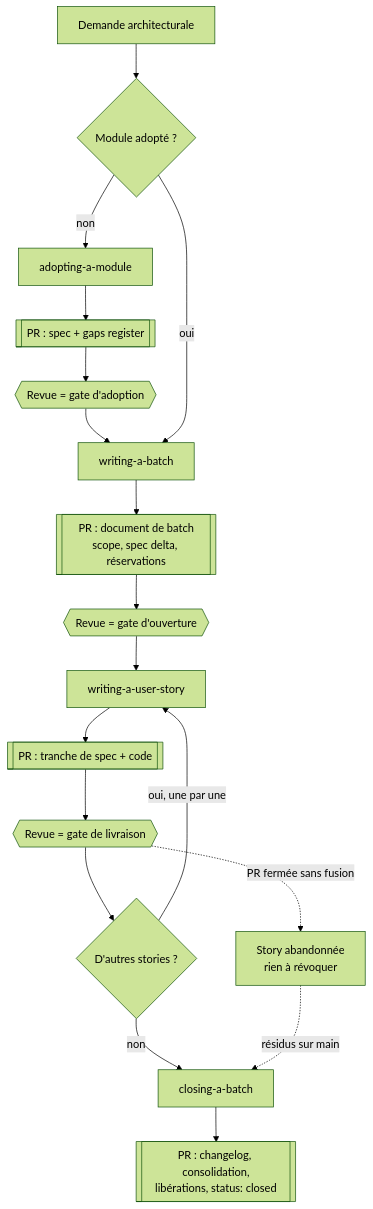
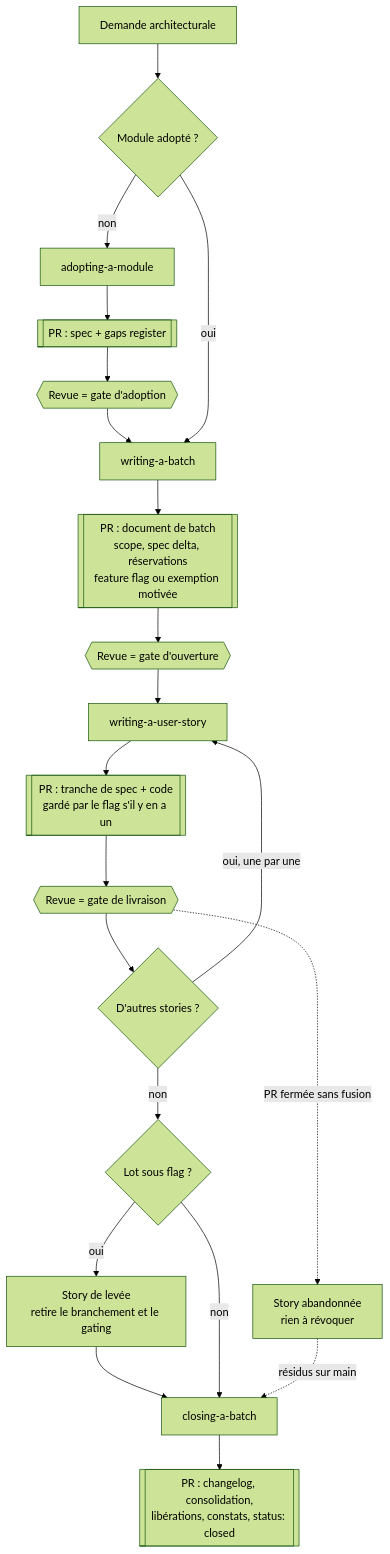
Before and after one commit to charlouze/superpowers-by-charlouze: the first of 4 diagrams in docs/superpowers/specs/2026-09-03-supercharlouze-design.md, drawn with Mermaid (forest theme). The commit also changed other lines of this file and 1 other file, not shown here.

````diff
--- a/docs/superpowers/specs/2026-09-03-supercharlouze-design.md
+++ b/docs/superpowers/specs/2026-09-03-supercharlouze-design.md
@@ -310,25 +348,28 @@
 ```mermaid
 flowchart TD
     REQ["Demande architecturale"] --> ADOPTED{"Module adopté ?"}
 
     ADOPTED -->|non| AD["adopting-a-module"]
     AD --> ADPR[["PR : spec + gaps register"]]
     ADPR --> ADG{{"Revue = gate d'adoption"}}
     ADG --> WB
 
     ADOPTED -->|oui| WB["writing-a-batch"]
-    WB --> BPR[["PR : document de batch<br/>scope, spec delta, réservations"]]
+    WB --> BPR[["PR : document de batch<br/>scope, spec delta, réservations<br/>feature flag ou exemption motivée"]]
     BPR --> BG{{"Revue = gate d'ouverture"}}
 
     BG --> WS["writing-a-user-story"]
-    WS --> SPR[["PR : tranche de spec + code"]]
+    WS --> SPR[["PR : tranche de spec + code<br/>gardé par le flag s'il y en a un"]]
     SPR --> SG{{"Revue = gate de livraison"}}
 
     SG --> MORE{"D'autres stories ?"}
     MORE -->|oui, une par une| WS
-    MORE -->|non| CB["closing-a-batch"]
-    CB --> CPR[["PR : changelog, consolidation,<br/>libérations, status: closed"]]
+    MORE -->|non| FLAG{"Lot sous flag ?"}
+    FLAG -->|oui| LIFT["Story de levée<br/>retire le branchement et le gating"]
+    LIFT --> CB
+    FLAG -->|non| CB["closing-a-batch"]
+    CB --> CPR[["PR : changelog, consolidation,<br/>libérations, constats, status: closed"]]
 
     SG -.->|PR fermée sans fusion| ABANDON["Story abandonnée<br/>rien à révoquer"]
     ABANDON -.->|résidus sur main| CB
 ```
````
